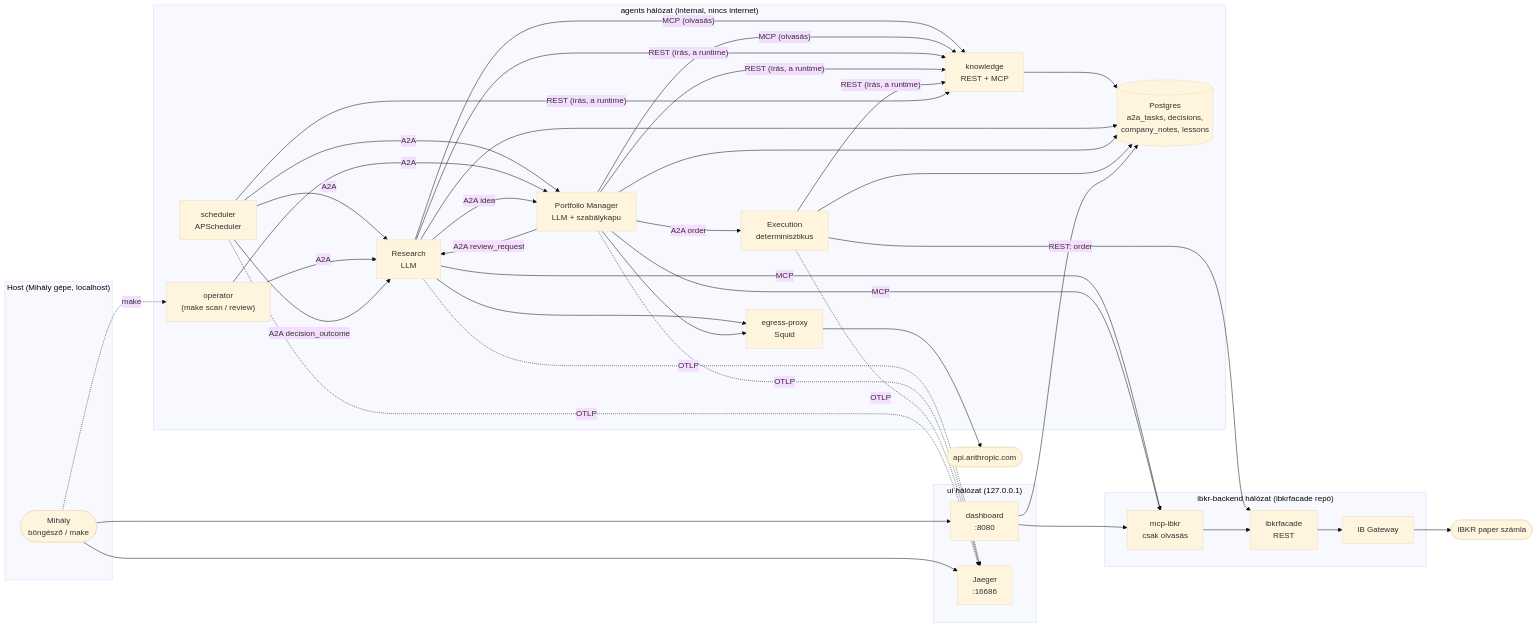
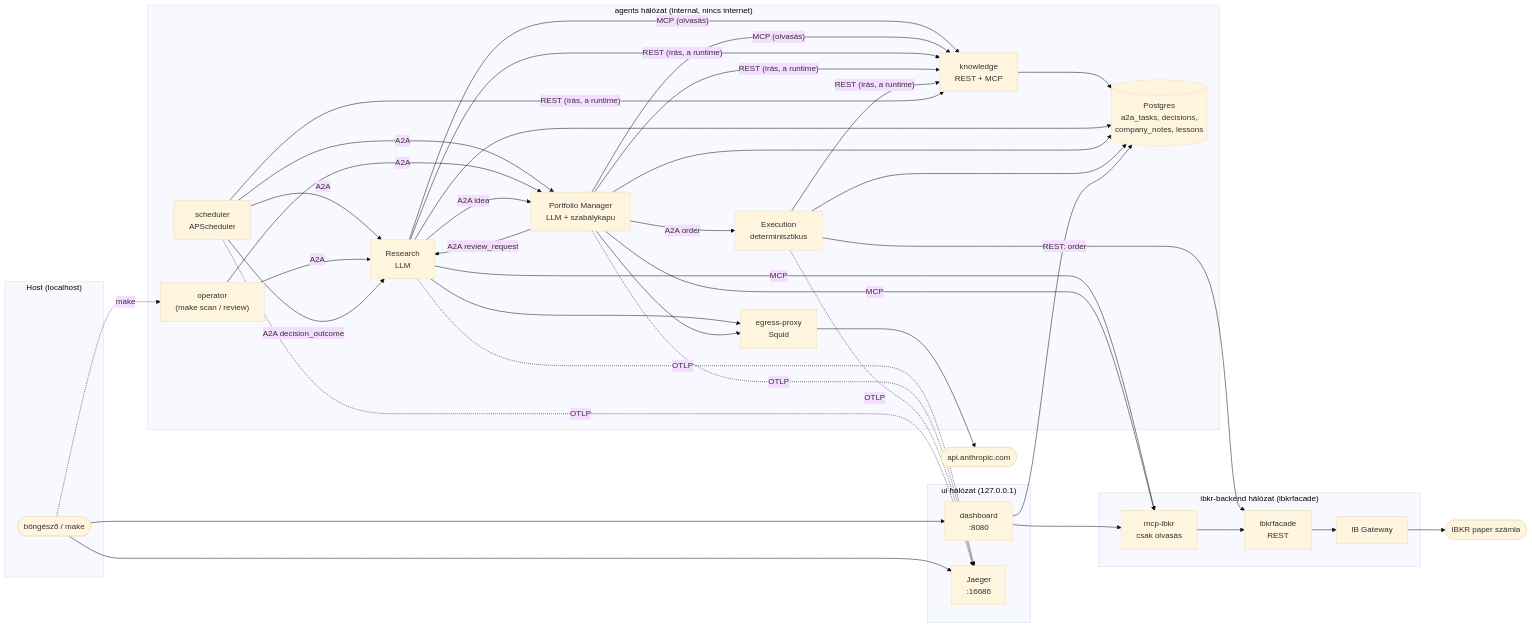
Before and after one commit to medovarszki/auxin-agentic-investment-organization: the first of 5 diagrams in README.md, drawn with Mermaid (base theme). The commit also changed other lines of this file, not shown here.

````diff
--- a/README.md
+++ b/README.md
@@ -42,51 +32,51 @@
 ```mermaid
 flowchart LR
-    subgraph host["Host (Mihály gépe, localhost)"]
-        user(["Mihály<br/>böngésző / make"])
+    subgraph host["Host (localhost)"]
+        user(["böngésző / make"])
     end
 
     subgraph ui["ui hálózat (127.0.0.1)"]
         dashboard["dashboard<br/>:8080"]
         jaeger["Jaeger<br/>:16686"]
     end
 
     subgraph agents["agents hálózat (internal, nincs internet)"]
         scheduler["scheduler<br/>APScheduler"]
         operator["operator<br/>(make scan / review)"]
         research["Research<br/>LLM"]
         pm["Portfolio Manager<br/>LLM + szabálykapu"]
         exec["Execution<br/>determinisztikus"]
         knowledge["knowledge<br/>REST + MCP"]
         postgres[("Postgres<br/>a2a_tasks, decisions,<br/>company_notes, lessons")]
         proxy["egress-proxy<br/>Squid"]
     end
 
-    subgraph ibkr["ibkr-backend hálózat (ibkrfacade repó)"]
+    subgraph ibkr["ibkr-backend hálózat (ibkrfacade)"]
         mcp["mcp-ibkr<br/>csak olvasás"]
         facade["ibkrfacade<br/>REST"]
         gateway["IB Gateway"]
     end
 
     anthropic(["api.anthropic.com"])
     ib(["IBKR paper számla"])
 
     user --> dashboard & jaeger
     user -. make .-> operator
     scheduler -- A2A --> research & pm
     operator -- A2A --> research & pm
     research -- "A2A idea" --> pm
     pm -- "A2A review_request" --> research
     pm -- "A2A order" --> exec
     scheduler -- "A2A decision_outcome" --> research
     research & pm --> proxy --> anthropic
     research & pm -- MCP --> mcp
     research & pm -- "MCP (olvasás)" --> knowledge
     research & pm & exec & scheduler -- "REST (írás, a runtime)" --> knowledge
     knowledge --> postgres
     research & pm & exec --> postgres
     exec -- "REST: order" --> facade
     mcp --> facade --> gateway --> ib
     dashboard --> postgres
     dashboard --> mcp
     research & pm & exec & scheduler -. OTLP .-> jaeger
 ```
````
